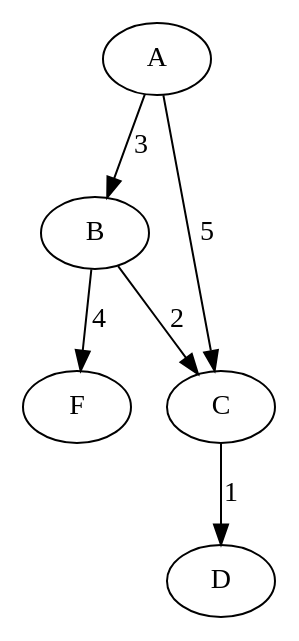
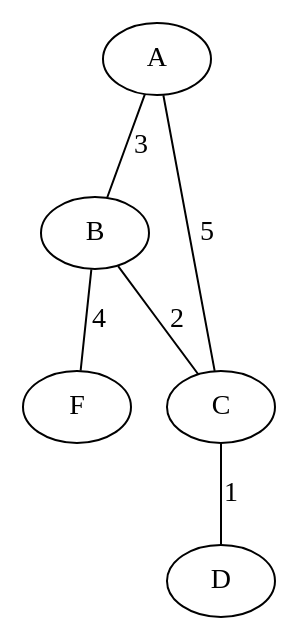
The diagram in src/graph.dot (anemon-a/Graphs), drawn with Graphviz before and after one commit. The commit also changed 5 other files, not shown here.

```diff
--- a/src/graph.dot
+++ b/src/graph.dot
@@ -1,7 +1,7 @@
-digraph {
-    A -> B [label="3"];
-    A -> C [label="5"];
-    B -> C [label="2"];
-    B -> F [label="4"];
-    C -> D [label="1"];
+graph {
+    A -- B [label="3"];
+    A -- C [label="5"];
+    B -- C [label="2"];
+    B -- F [label="4"];
+    C -- D [label="1"];
 }
```
